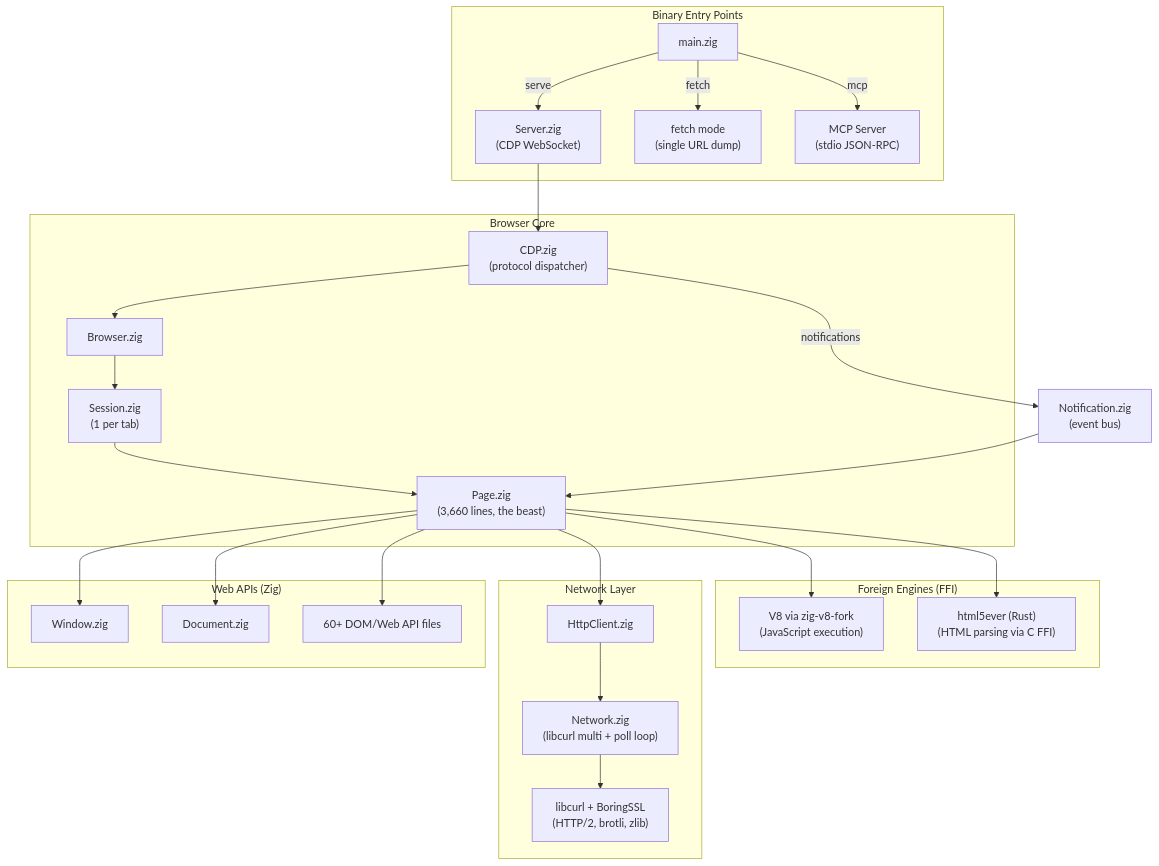
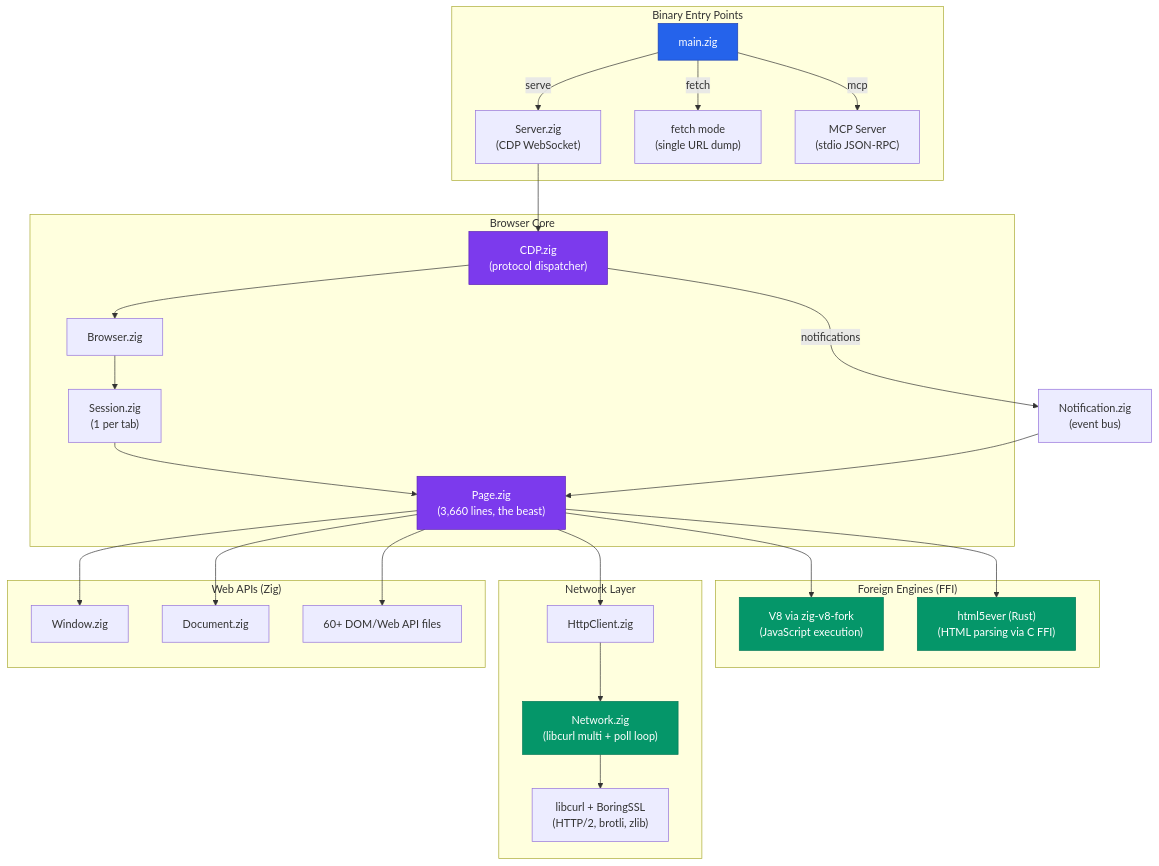
The first of 3 diagrams in lightpanda-browser/README.md (Codeblackbyshazzy/awesome-ai-anatomy), drawn with Mermaid before and after one commit. The commit also changed other lines of this file and 11 other files, not shown here.

````diff
--- a/lightpanda-browser/README.md
+++ b/lightpanda-browser/README.md
@@ -26,35 +26,48 @@
 ```mermaid
 graph TB
     subgraph Entry["Binary Entry Points"]
         Main["main.zig"] --> |"serve"| Server["Server.zig<br/>(CDP WebSocket)"]
         Main --> |"fetch"| Fetch["fetch mode<br/>(single URL dump)"]
         Main --> |"mcp"| MCP["MCP Server<br/>(stdio JSON-RPC)"]
     end
 
     subgraph Core["Browser Core"]
         Server --> CDP["CDP.zig<br/>(protocol dispatcher)"]
         CDP --> Browser["Browser.zig"]
         Browser --> Session["Session.zig<br/>(1 per tab)"]
         Session --> Page["Page.zig<br/>(3,660 lines, the beast)"]
     end
 
     subgraph Engines["Foreign Engines (FFI)"]
         Page --> V8["V8 via zig-v8-fork<br/>(JavaScript execution)"]
         Page --> H5E["html5ever (Rust)<br/>(HTML parsing via C FFI)"]
     end
 
     subgraph Net["Network Layer"]
         Page --> HttpClient["HttpClient.zig"]
         HttpClient --> Network["Network.zig<br/>(libcurl multi + poll loop)"]
         Network --> Curl["libcurl + BoringSSL<br/>(HTTP/2, brotli, zlib)"]
     end
 
     subgraph WebAPI["Web APIs (Zig)"]
         Page --> Window["Window.zig"]
         Page --> Document["Document.zig"]
         Page --> DOM["60+ DOM/Web API files"]
     end
 
     CDP --> |"notifications"| Notification["Notification.zig<br/>(event bus)"]
     Notification --> Page
+
+    classDef primary fill:#2563eb,stroke:#1e40af,color:#fff
+    classDef secondary fill:#7c3aed,stroke:#5b21b6,color:#fff
+    classDef accent fill:#059669,stroke:#047857,color:#fff
+    classDef warn fill:#d97706,stroke:#b45309,color:#fff
+    classDef neutral fill:#374151,stroke:#1f2937,color:#fff
+
+    class Main primary
+    class Page secondary
+    class CDP secondary
+    class V8 accent
+    class H5E accent
+    class Network accent
 ```
````
